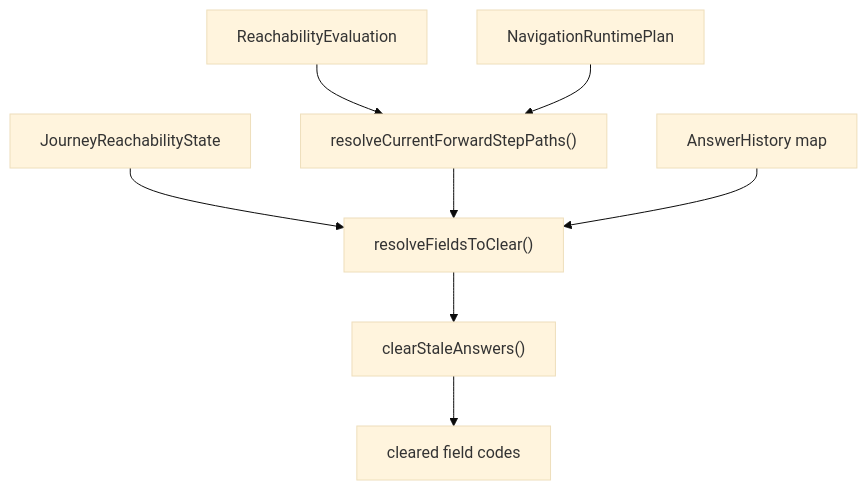
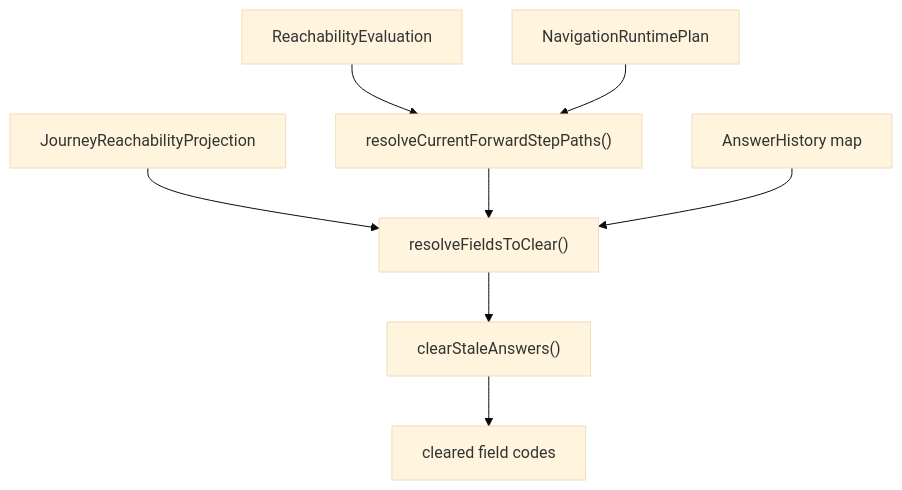
The diagram in packages/forge-core/src/engine/runtime/evaluation/phases/answer-cleardown/README.md (ministryofjustice/hmpps-forge), drawn with Mermaid (base theme) before and after one commit. The commit also changed other lines of this file and 10 other files, not shown here.

Commit message:
Rename `JourneyReachabilityState` to `JourneyReachabilityProjection`

````diff
--- a/packages/forge-core/src/engine/runtime/evaluation/phases/answer-cleardown/README.md
+++ b/packages/forge-core/src/engine/runtime/evaluation/phases/answer-cleardown/README.md
@@ -79,10 +79,10 @@
 ```mermaid
 flowchart TD
-  reachability["JourneyReachabilityState"] --> fields["resolveFieldsToClear()"]
+  reachability["JourneyReachabilityProjection"] --> fields["resolveFieldsToClear()"]
   evaluation["ReachabilityEvaluation"] --> retained["resolveCurrentForwardStepPaths()"]
   navigationPlan["NavigationRuntimePlan"] --> retained
   retained --> fields
   answers["AnswerHistory map"] --> fields
   fields --> clear["clearStaleAnswers()"]
   clear --> result["cleared field codes"]
 ```
````
